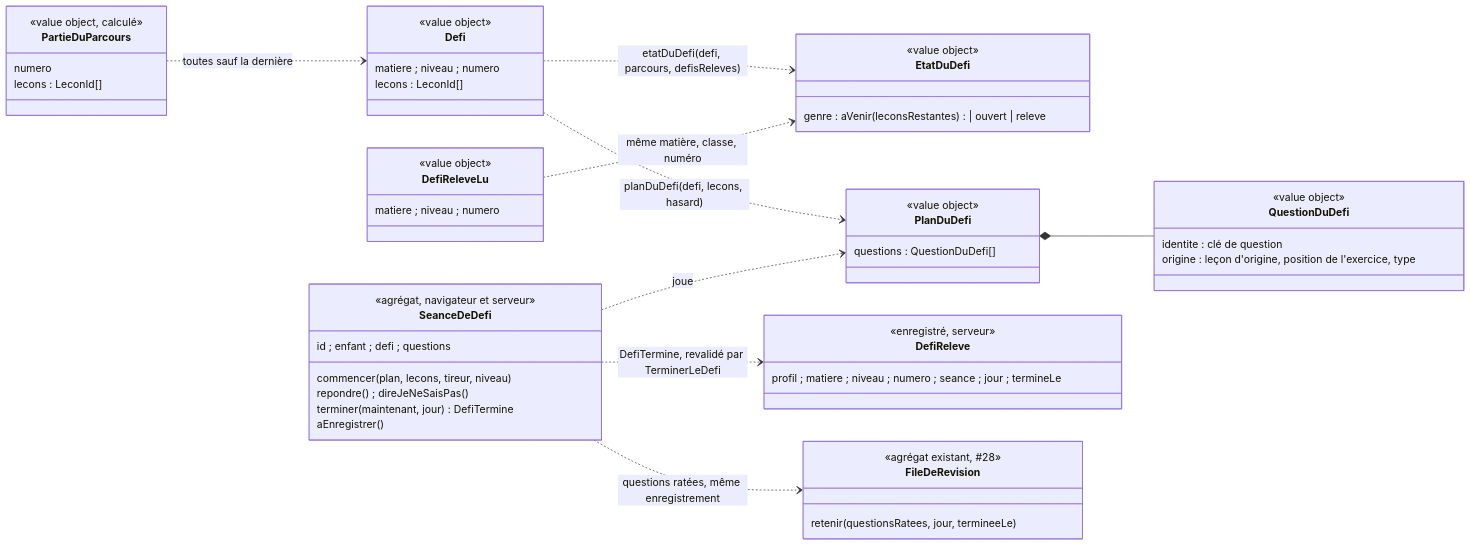
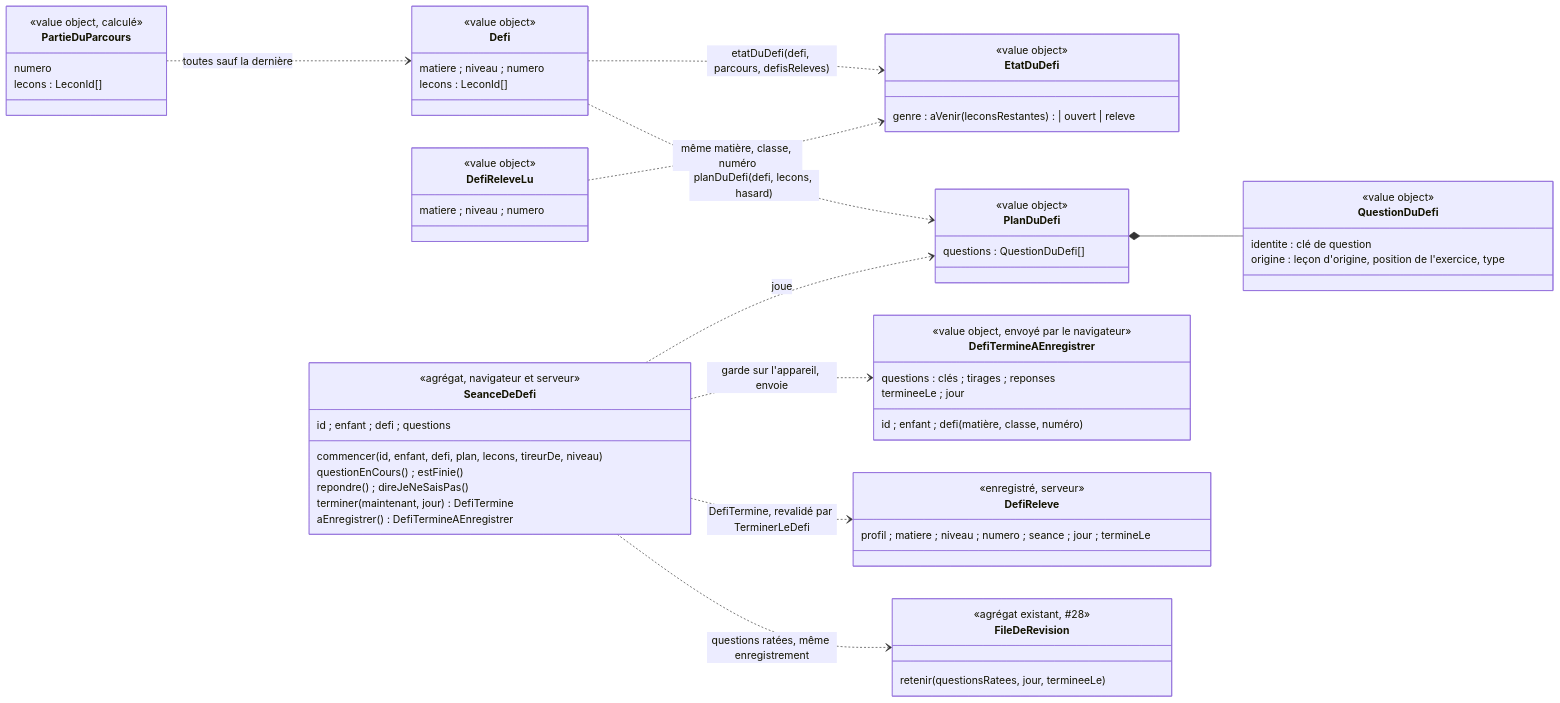
Before and after one commit to SBA-dev/github-move: the diagram in docs/stories/100/domain-model.md, drawn with Mermaid. The commit also changed other lines of this file, not shown here.

First line of the commit message:
docs(#100): aligner le modèle du domaine sur le code du bloc B

````diff
--- a/docs/stories/100/domain-model.md
+++ b/docs/stories/100/domain-model.md
@@ -104,55 +104,63 @@
 ```mermaid
 classDiagram
   direction LR
   class PartieDuParcours {
     <<value object, calculé>>
     numero
     lecons : LeconId[]
   }
   class Defi {
     <<value object>>
     matiere ; niveau ; numero
     lecons : LeconId[]
   }
   class EtatDuDefi {
     <<value object>>
     genre : aVenir(leconsRestantes) | ouvert | releve
   }
   class DefiReleveLu {
     <<value object>>
     matiere ; niveau ; numero
   }
   class PlanDuDefi {
     <<value object>>
     questions : QuestionDuDefi[]
   }
   class QuestionDuDefi {
     <<value object>>
     identite : clé de question
     origine : leçon d'origine, position de l'exercice, type
   }
   class SeanceDeDefi {
     <<agrégat, navigateur et serveur>>
     id ; enfant ; defi ; questions
-    commencer(plan, lecons, tireur, niveau)
+    commencer(id, enfant, defi, plan, lecons, tireurDe, niveau)
+    questionEnCours() ; estFinie()
     repondre() ; direJeNeSaisPas()
     terminer(maintenant, jour) DefiTermine
-    aEnregistrer()
+    aEnregistrer() DefiTermineAEnregistrer
+  }
+  class DefiTermineAEnregistrer {
+    <<value object, envoyé par le navigateur>>
+    id ; enfant ; defi (matière, classe, numéro)
+    questions : clés ; tirages ; reponses
+    termineeLe ; jour
   }
   class DefiReleve {
     <<enregistré, serveur>>
     profil ; matiere ; niveau ; numero ; seance ; jour ; termineLe
   }
   class FileDeRevision {
     <<agrégat existant, #28>>
     retenir(questionsRatees, jour, termineeLe)
   }
   PartieDuParcours ..> Defi : toutes sauf la dernière
   Defi ..> EtatDuDefi : etatDuDefi(defi, parcours, defisReleves)
   DefiReleveLu ..> EtatDuDefi : même matière, classe, numéro
   Defi ..> PlanDuDefi : planDuDefi(defi, lecons, hasard)
   PlanDuDefi *-- QuestionDuDefi
   SeanceDeDefi ..> PlanDuDefi : joue
+  SeanceDeDefi ..> DefiTermineAEnregistrer : garde sur l'appareil, envoie
   SeanceDeDefi ..> DefiReleve : DefiTermine, revalidé par TerminerLeDefi
   SeanceDeDefi ..> FileDeRevision : questions ratées, même enregistrement
 ```
````
